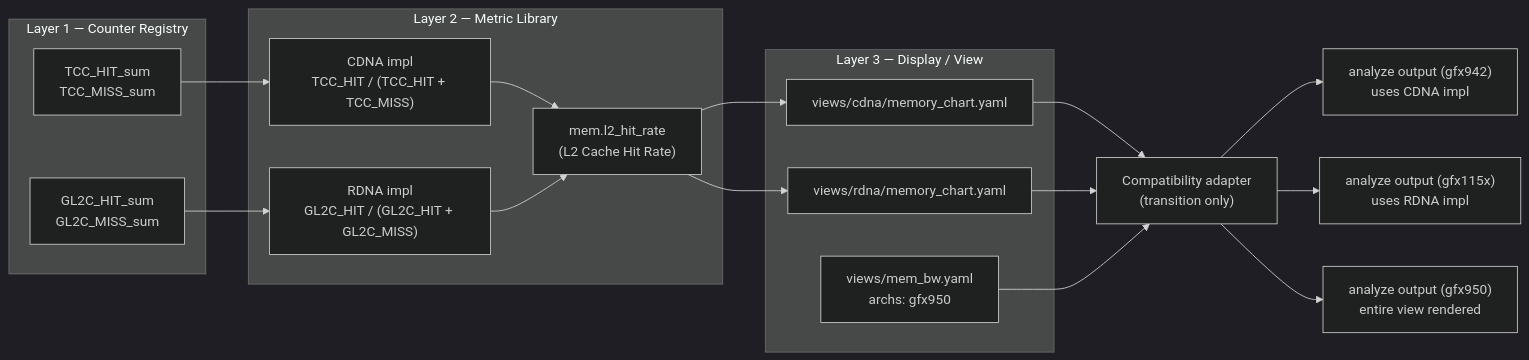
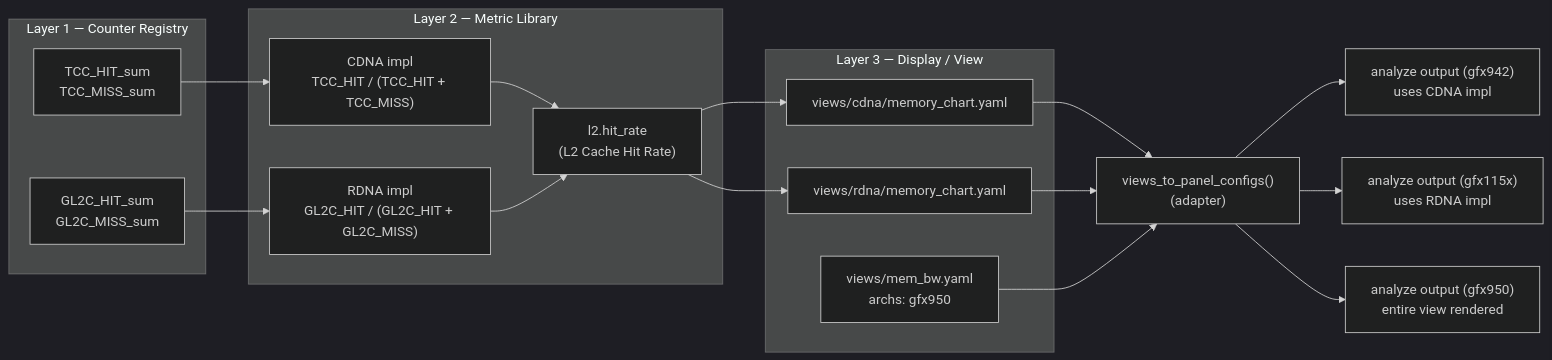
The fourth of 4 diagrams in projects/rocprofiler-compute/docs/design/analysis-config-redesign/hld-analysis-config-redesign.md (ROCm/rocm-systems), drawn with Mermaid (dark theme) before and after one commit. The commit also changed other lines of this file and 5 other files, not shown here.

````diff
--- a/projects/rocprofiler-compute/docs/design/analysis-config-redesign/hld-analysis-config-redesign.md
+++ b/projects/rocprofiler-compute/docs/design/analysis-config-redesign/hld-analysis-config-redesign.md
@@ -320,35 +297,35 @@
 ```mermaid
 flowchart LR
     subgraph L1["Layer 1 — Counter Registry"]
         TCC["TCC_HIT_sum\nTCC_MISS_sum"]
         GL2C["GL2C_HIT_sum\nGL2C_MISS_sum"]
     end
 
     subgraph L2["Layer 2 — Metric Library"]
-        metric_def["mem.l2_hit_rate\n(L2 Cache Hit Rate)"]
+        metric_def["l2.hit_rate\n(L2 Cache Hit Rate)"]
         impl_cdna["CDNA impl\nTCC_HIT / (TCC_HIT + TCC_MISS)"]
         impl_rdna["RDNA impl\nGL2C_HIT / (GL2C_HIT + GL2C_MISS)"]
     end
 
     subgraph L3["Layer 3 — Display / View"]
         cdna_view["views/cdna/memory_chart.yaml"]
         rdna_view["views/rdna/memory_chart.yaml"]
         membw_view["views/mem_bw.yaml\narchs: gfx950"]
     end
 
     TCC --> impl_cdna
     GL2C --> impl_rdna
     impl_cdna --> metric_def
     impl_rdna --> metric_def
     metric_def --> cdna_view
     metric_def --> rdna_view
 
-    adapter["Compatibility adapter\n(transition only)"]
+    adapter["views_to_panel_configs()\n(adapter)"]
     cdna_view --> adapter
     rdna_view --> adapter
     membw_view --> adapter
 
     adapter --> out_cdna["analyze output (gfx942)\nuses CDNA impl"]
     adapter --> out_rdna["analyze output (gfx115x)\nuses RDNA impl"]
     adapter --> out_membw["analyze output (gfx950)\nentire view rendered"]
 ```
````
